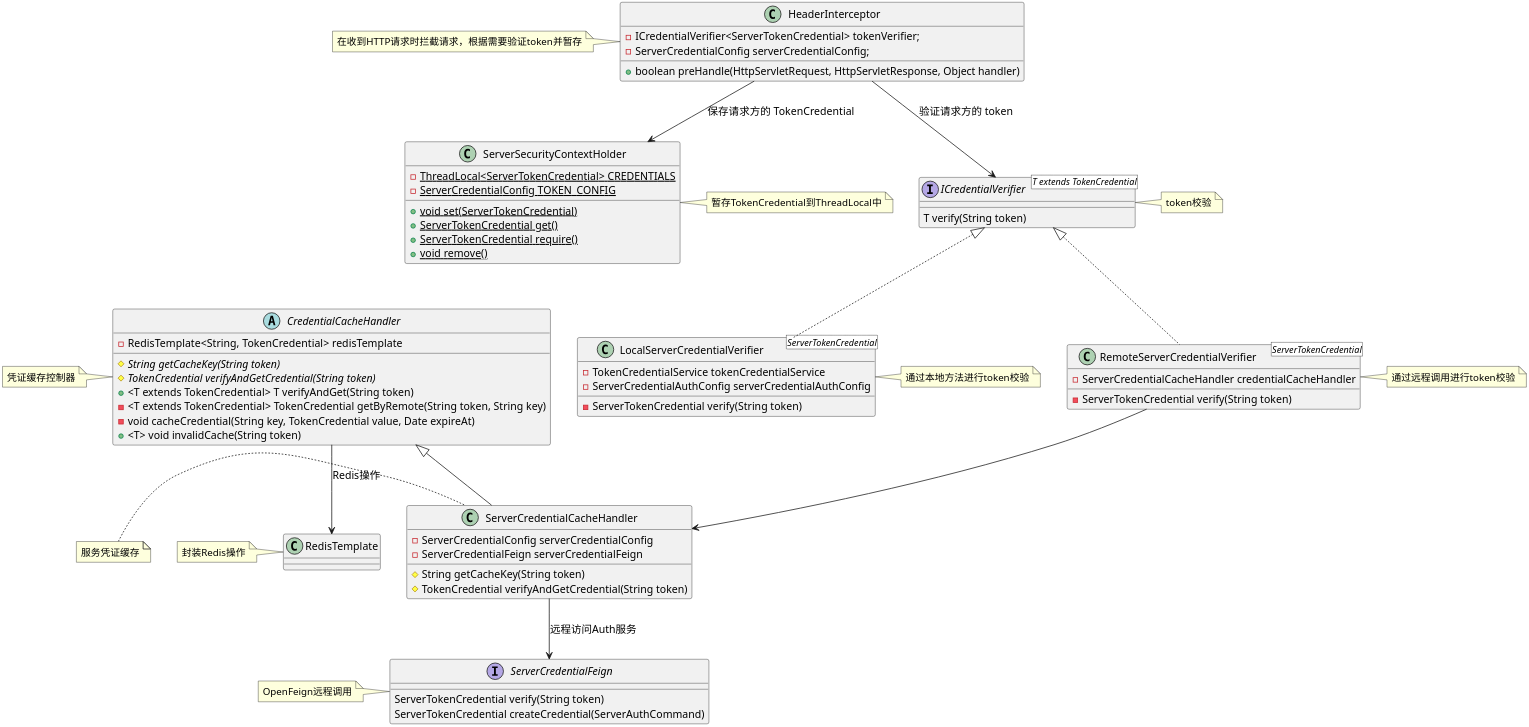
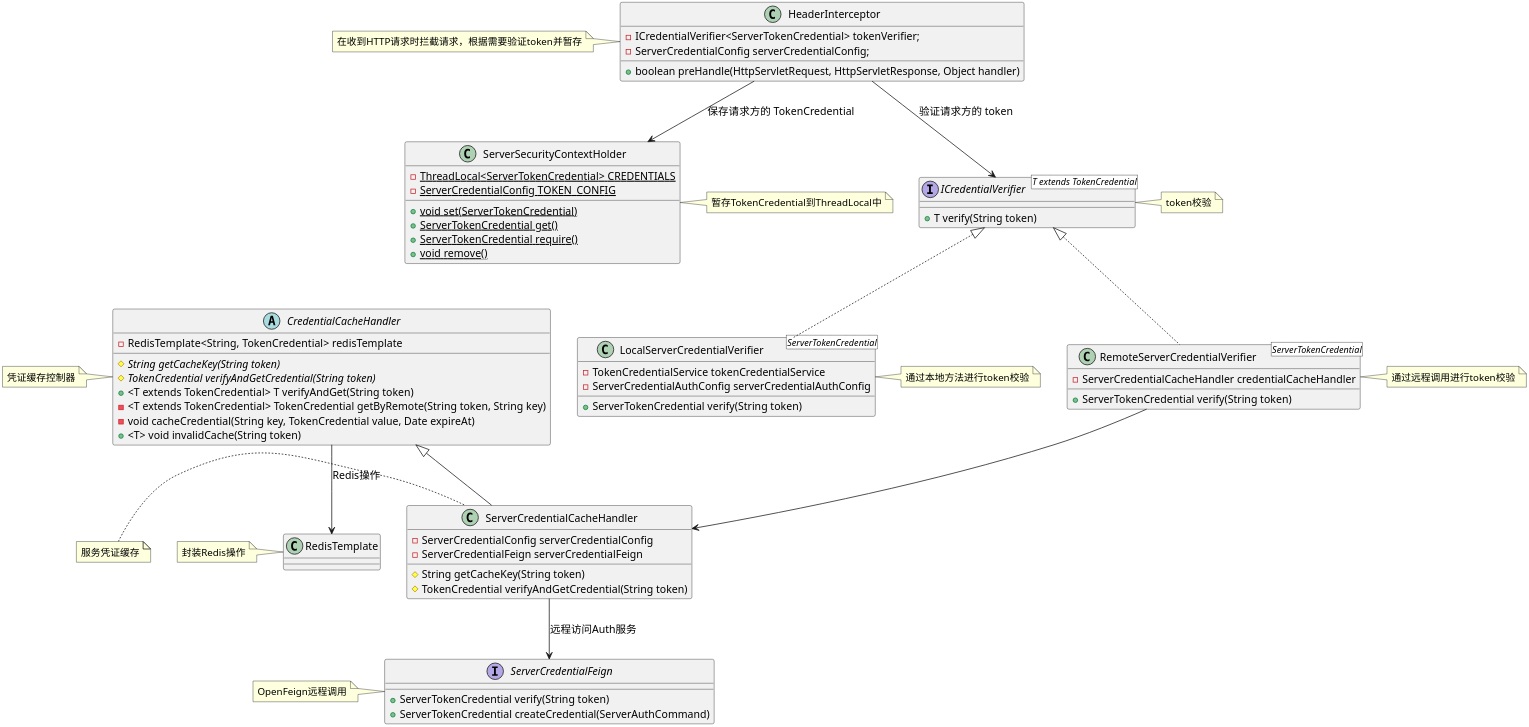
One commit to Etherealss/MessagePusher changed the diagram in uml/security/token检验/类图.puml. Above: the diagram before and after it, drawn with PlantUML. The commit also changed 23 other files, not shown here.

```diff
--- a/uml/security/token检验/类图.puml
+++ b/uml/security/token检验/类图.puml
@@ -1,77 +1,77 @@
 @startuml
 'https://plantuml.com/class-diagram
 skinparam shadowing false
 skinparam defaultFontName xfonts-wqy
 skinparam dpi 300
 skinparam activity  {
     DiamondFontSize 14
     ArrowFontSize 14
     FontSize 14
 }
 
 class HeaderInterceptor {
     - ICredentialVerifier<ServerTokenCredential> tokenVerifier;
     - ServerCredentialConfig serverCredentialConfig;
     + boolean preHandle(HttpServletRequest, HttpServletResponse, Object handler)
 }
+HeaderInterceptor --> ICredentialVerifier: 验证请求方的 token
 note left of HeaderInterceptor: 在收到HTTP请求时拦截请求，根据需要验证token并暂存
 HeaderInterceptor --> ServerSecurityContextHolder: 保存请求方的 TokenCredential
-HeaderInterceptor --> ICredentialVerifier: 验证请求方的 token
 class ServerSecurityContextHolder {
     - {static} ThreadLocal<ServerTokenCredential> CREDENTIALS
     - {static} ServerCredentialConfig TOKEN_CONFIG
     + {static} void set(ServerTokenCredential)
     + {static} ServerTokenCredential get()
     + {static} ServerTokenCredential require()
     + {static} void remove()
 }
 note right of ServerSecurityContextHolder: 暂存TokenCredential到ThreadLocal中
 
 abstract class CredentialCacheHandler {
     - RedisTemplate<String, TokenCredential> redisTemplate
     # {abstract} String getCacheKey(String token)
     # {abstract} TokenCredential verifyAndGetCredential(String token)
     + <T extends TokenCredential> T verifyAndGet(String token)
     - <T extends TokenCredential> TokenCredential getByRemote(String token, String key)
     - void cacheCredential(String key, TokenCredential value, Date expireAt)
     + <T> void invalidCache(String token)
 }
 note left of CredentialCacheHandler:凭证缓存控制器
 CredentialCacheHandler --> RedisTemplate: Redis操作
 class RedisTemplate
 note left of RedisTemplate: 封装Redis操作
 
 class ServerCredentialCacheHandler extends CredentialCacheHandler {
     - ServerCredentialConfig serverCredentialConfig
     - ServerCredentialFeign serverCredentialFeign
     # String getCacheKey(String token)
     # TokenCredential verifyAndGetCredential(String token)
 }
 note left of ServerCredentialCacheHandler: 服务凭证缓存
 ServerCredentialCacheHandler --> ServerCredentialFeign: 远程访问Auth服务
 interface ServerCredentialFeign {
-    ServerTokenCredential verify(String token)
-    ServerTokenCredential createCredential(ServerAuthCommand)
+    + ServerTokenCredential verify(String token)
+    + ServerTokenCredential createCredential(ServerAuthCommand)
 }
 note left of ServerCredentialFeign: OpenFeign远程调用
 
 
 interface ICredentialVerifier<T extends TokenCredential> {
-    T verify(String token)
+    + T verify(String token)
 }
 note right of ICredentialVerifier: token校验
 class RemoteServerCredentialVerifier<ServerTokenCredential> implements ICredentialVerifier {
     - ServerCredentialCacheHandler credentialCacheHandler
-    - ServerTokenCredential verify(String token)
+    + ServerTokenCredential verify(String token)
 }
 RemoteServerCredentialVerifier --> ServerCredentialCacheHandler
 note right of RemoteServerCredentialVerifier: 通过远程调用进行token校验
 
 class LocalServerCredentialVerifier<ServerTokenCredential> implements ICredentialVerifier {
     - TokenCredentialService tokenCredentialService
     - ServerCredentialAuthConfig serverCredentialAuthConfig
-    - ServerTokenCredential verify(String token)
+    + ServerTokenCredential verify(String token)
 }
 note right of LocalServerCredentialVerifier: 通过本地方法进行token校验
 
 @enduml
```
